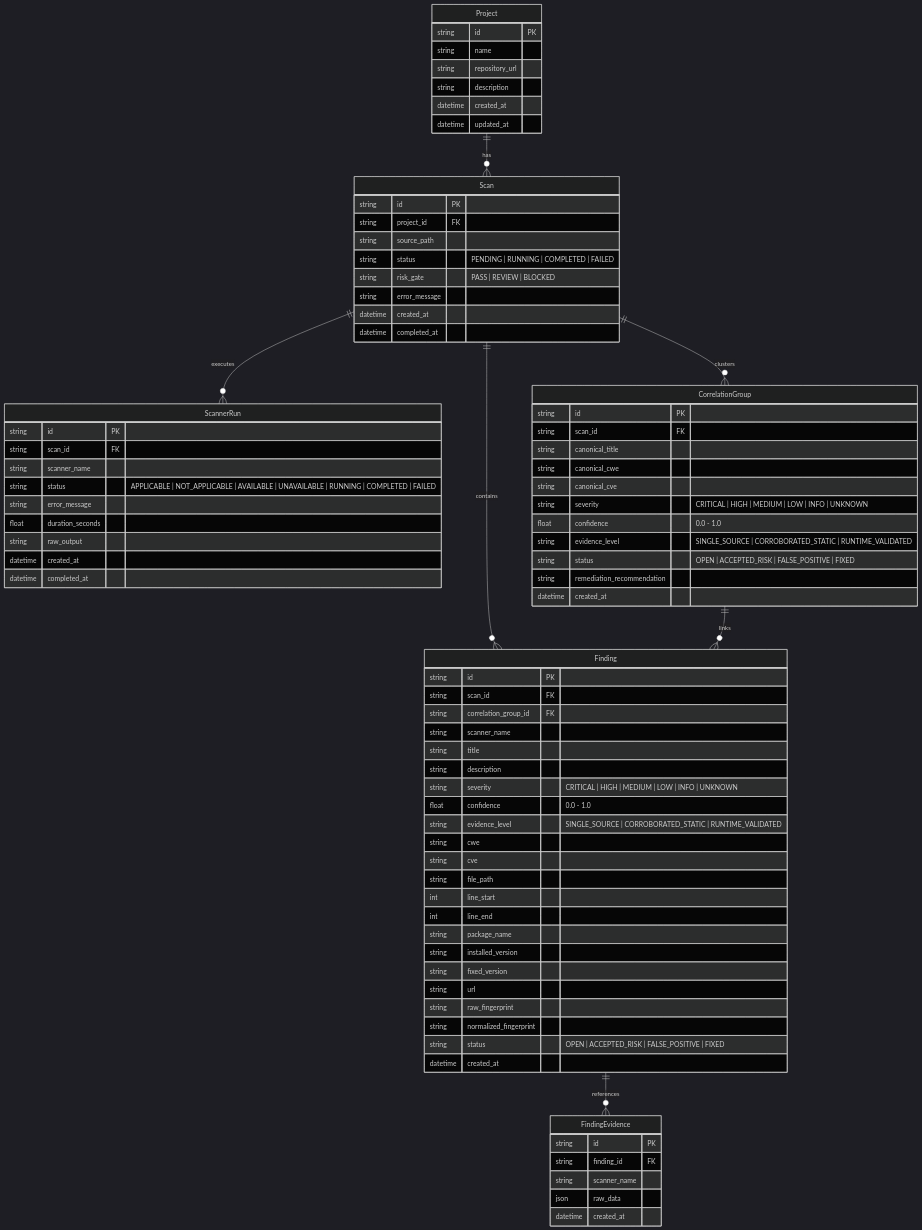
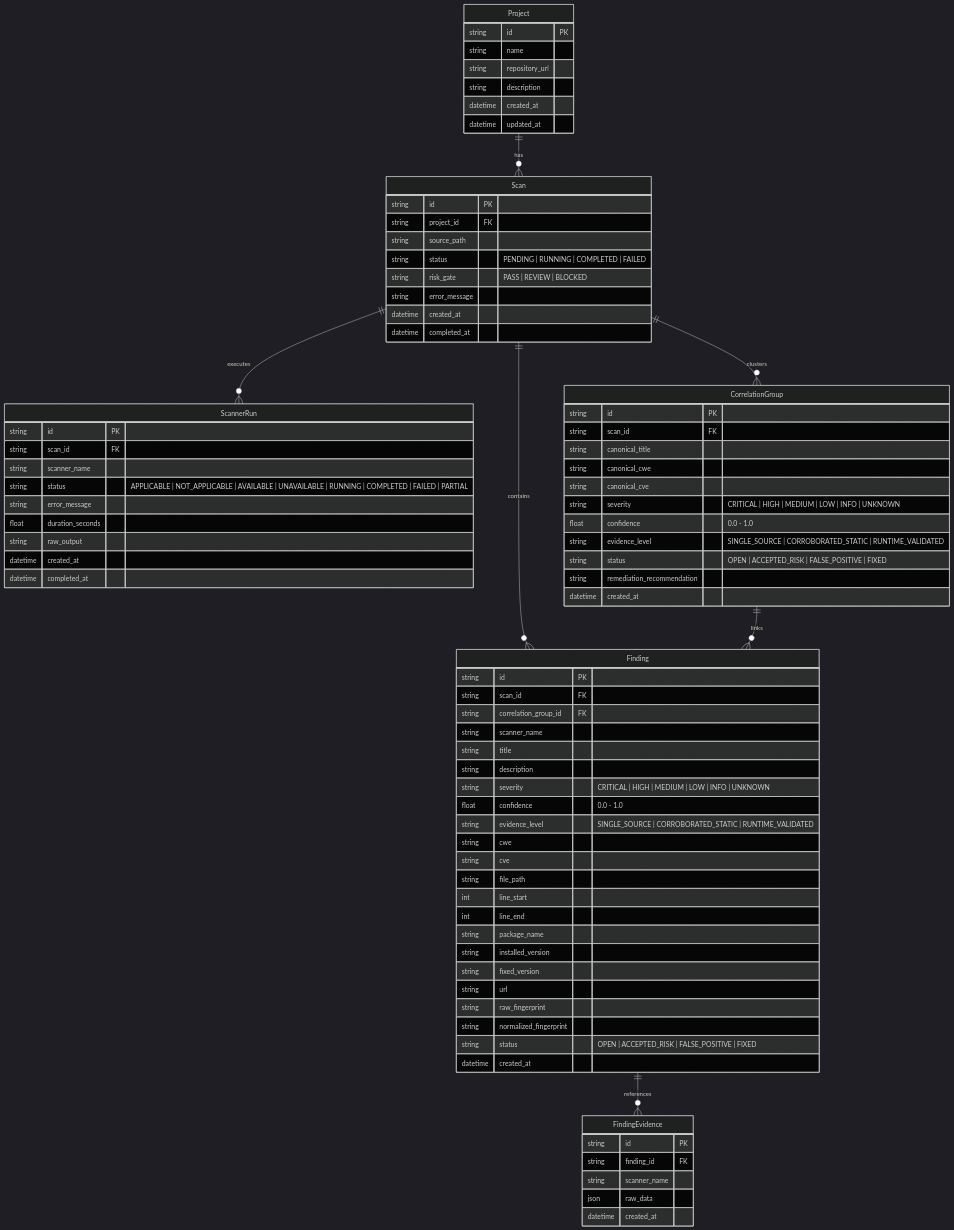
One commit to mdigitalbh81/secops-orchestrator changed the second of 3 diagrams in README.md. Above: the diagram before and after it, drawn with Mermaid (dark theme). The commit also changed other lines of this file, not shown here.

Commit message:
docs: align README with Phase 2 architecture

```diff
--- a/README.md
+++ b/README.md
@@ -118,7 +119,7 @@
         string id PK
         string scan_id FK
         string scanner_name
-        string status "APPLICABLE | NOT_APPLICABLE | AVAILABLE | UNAVAILABLE | RUNNING | COMPLETED | FAILED"
+        string status "APPLICABLE | NOT_APPLICABLE | AVAILABLE | UNAVAILABLE | RUNNING | COMPLETED | FAILED | PARTIAL"
         string error_message
         float duration_seconds
         string raw_output
```
